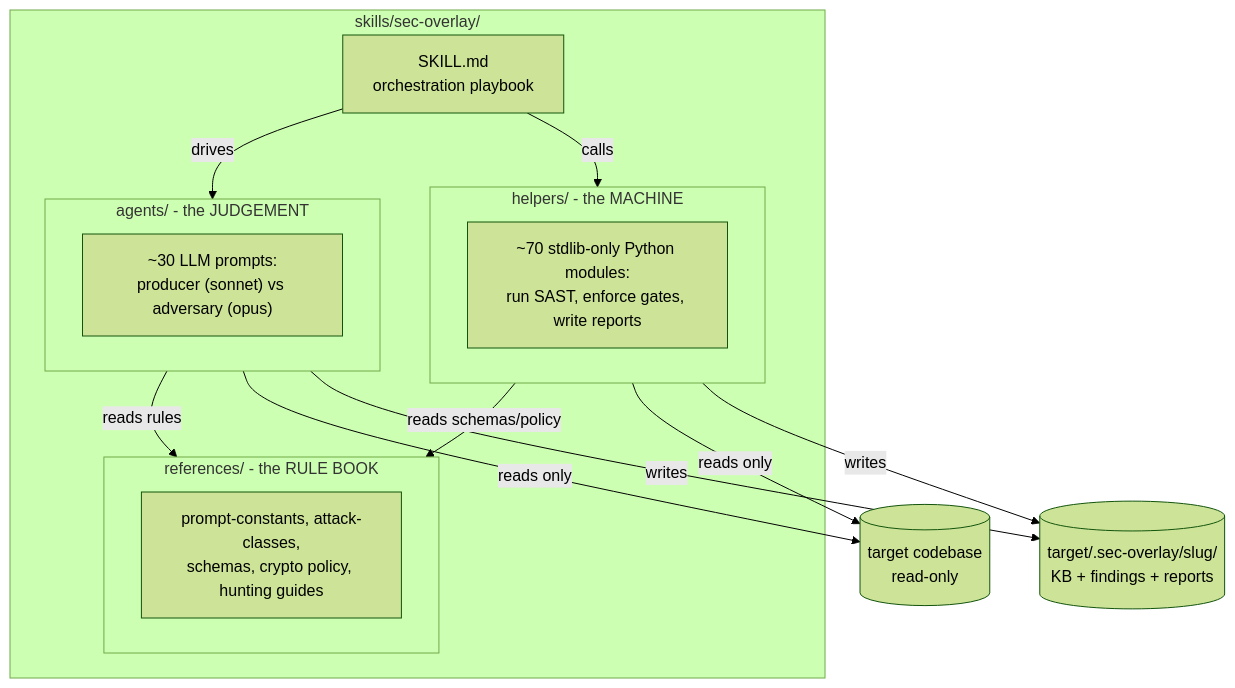
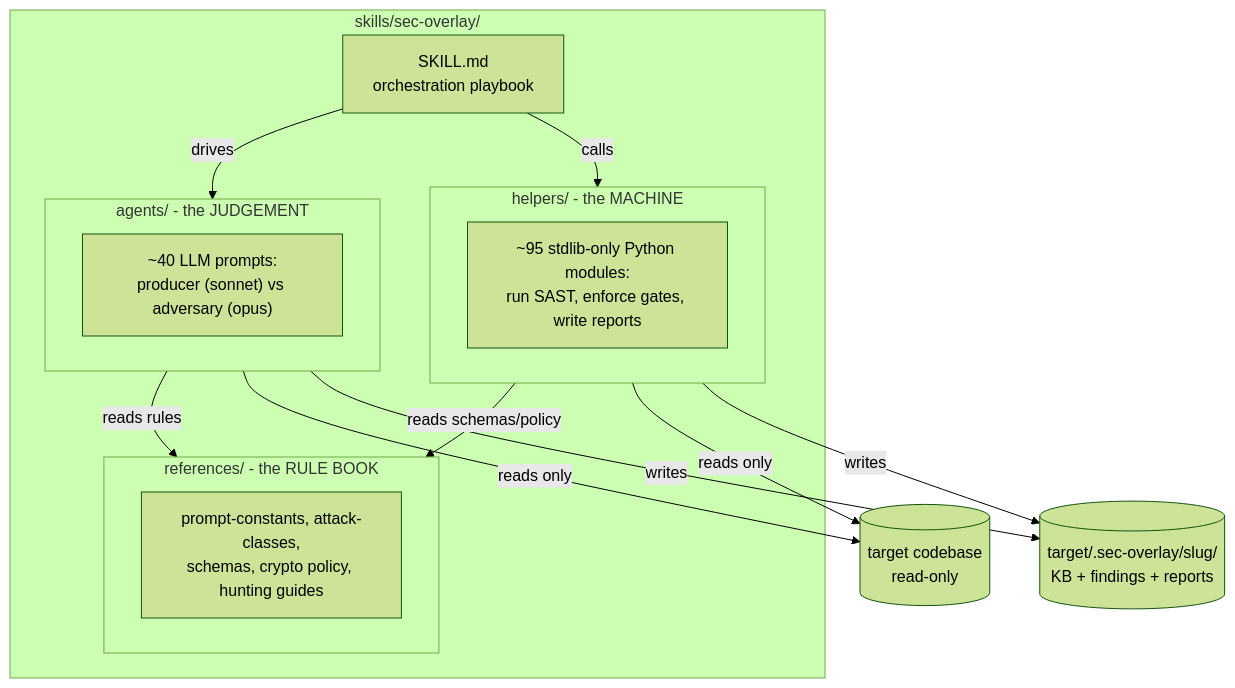
The diagram in openwiki/plugins/sec-overlay/overview.md (cjbischoff/cjbischoff-claude-code-tools), drawn with Mermaid (forest theme) before and after one commit. The commit also changed other lines of this file and 15 other files, not shown here.

````diff
--- a/openwiki/plugins/sec-overlay/overview.md
+++ b/openwiki/plugins/sec-overlay/overview.md
@@ -47,26 +47,26 @@
 ```mermaid
 flowchart TB
     subgraph OVERLAY["skills/sec-overlay/"]
         SKILL["SKILL.md<br/>orchestration playbook"]
         subgraph REF["references/ - the RULE BOOK"]
             R1["prompt-constants, attack-classes,<br/>schemas, crypto policy, hunting guides"]
         end
         subgraph AG["agents/ - the JUDGEMENT"]
-            A1["~30 LLM prompts:<br/>producer (sonnet) vs adversary (opus)"]
+            A1["~40 LLM prompts:<br/>producer (sonnet) vs adversary (opus)"]
         end
         subgraph HP["helpers/ - the MACHINE"]
-            H1["~70 stdlib-only Python modules:<br/>run SAST, enforce gates, write reports"]
+            H1["~95 stdlib-only Python modules:<br/>run SAST, enforce gates, write reports"]
         end
     end
     TARGET[("target codebase<br/>read-only")]
     OUT[("target/.sec-overlay/slug/<br/>KB + findings + reports")]
 
     SKILL -->|drives| AG
     SKILL -->|calls| HP
     AG -->|reads rules| REF
     HP -->|reads schemas/policy| REF
     HP -->|reads only| TARGET
     AG -->|reads only| TARGET
     HP -->|writes| OUT
     AG -->|writes| OUT
 ```
````
